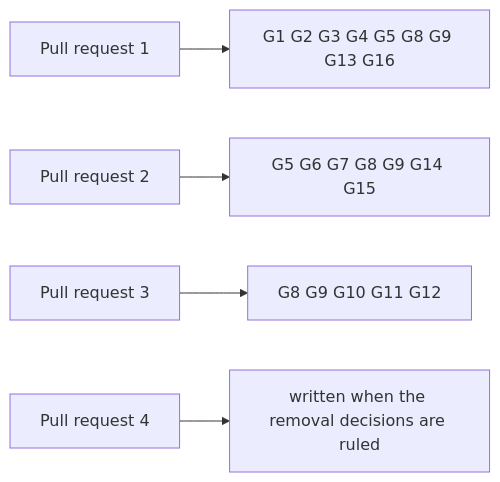
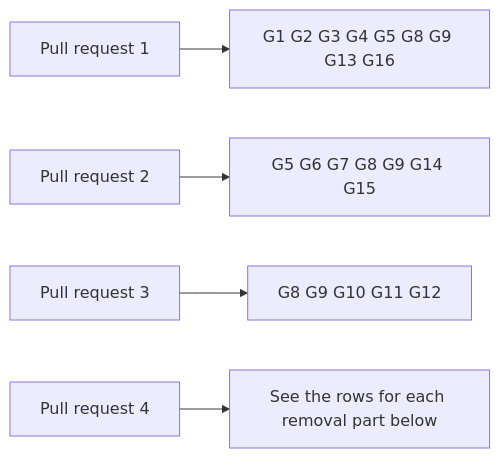
The first of 2 diagrams in specs/743-update-terminate-no-pin/gate.md (lambdasistemi/singular), drawn with Mermaid before and after one commit. The commit also changed other lines of this file and 3 other files, not shown here.

````diff
--- a/specs/743-update-terminate-no-pin/gate.md
+++ b/specs/743-update-terminate-no-pin/gate.md
@@ -39,7 +39,7 @@
 ```mermaid
 flowchart LR
     P1[Pull request 1] --> R1[G1 G2 G3 G4 G5 G8 G9 G13 G16]
     P2[Pull request 2] --> R2[G5 G6 G7 G8 G9 G14 G15]
     P3[Pull request 3] --> R3[G8 G9 G10 G11 G12]
-    P4[Pull request 4] --> R4[written when the removal decisions are ruled]
+    P4[Pull request 4] --> R4[See the rows for each removal part below]
 ```
````
